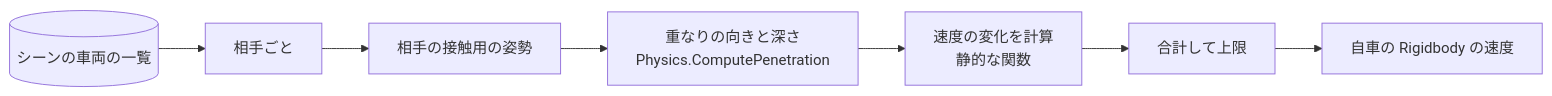
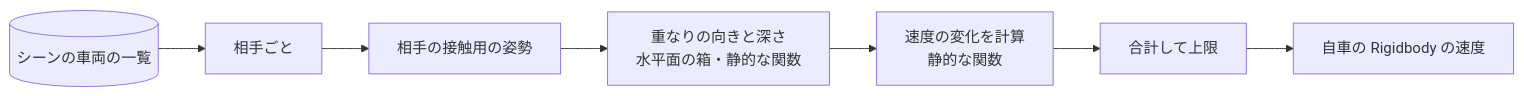
One commit to yakimannzyuu/YakimaTank changed the first of 2 diagrams in Docs/02_Specifications/SPEC_2026-11-17_車両同士の簡易衝突.md. Above: the diagram before and after it, drawn with Mermaid. The commit also changed other lines of this file, not shown here.

````diff
--- a/Docs/02_Specifications/SPEC_2026-11-17_車両同士の簡易衝突.md
+++ b/Docs/02_Specifications/SPEC_2026-11-17_車両同士の簡易衝突.md
@@ -28,9 +29,9 @@
 ```mermaid
 flowchart LR
   list[(シーンの車両の一覧)] --> each[相手ごと]
   each --> pose[相手の接触用の姿勢]
-  pose --> pen[重なりの向きと深さ<br/>Physics.ComputePenetration]
+  pose --> pen[重なりの向きと深さ<br/>水平面の箱・静的な関数]
   pen --> calc[速度の変化を計算<br/>静的な関数]
   calc --> sum[合計して上限]
   sum --> rb[自車の Rigidbody の速度]
 ```
````
